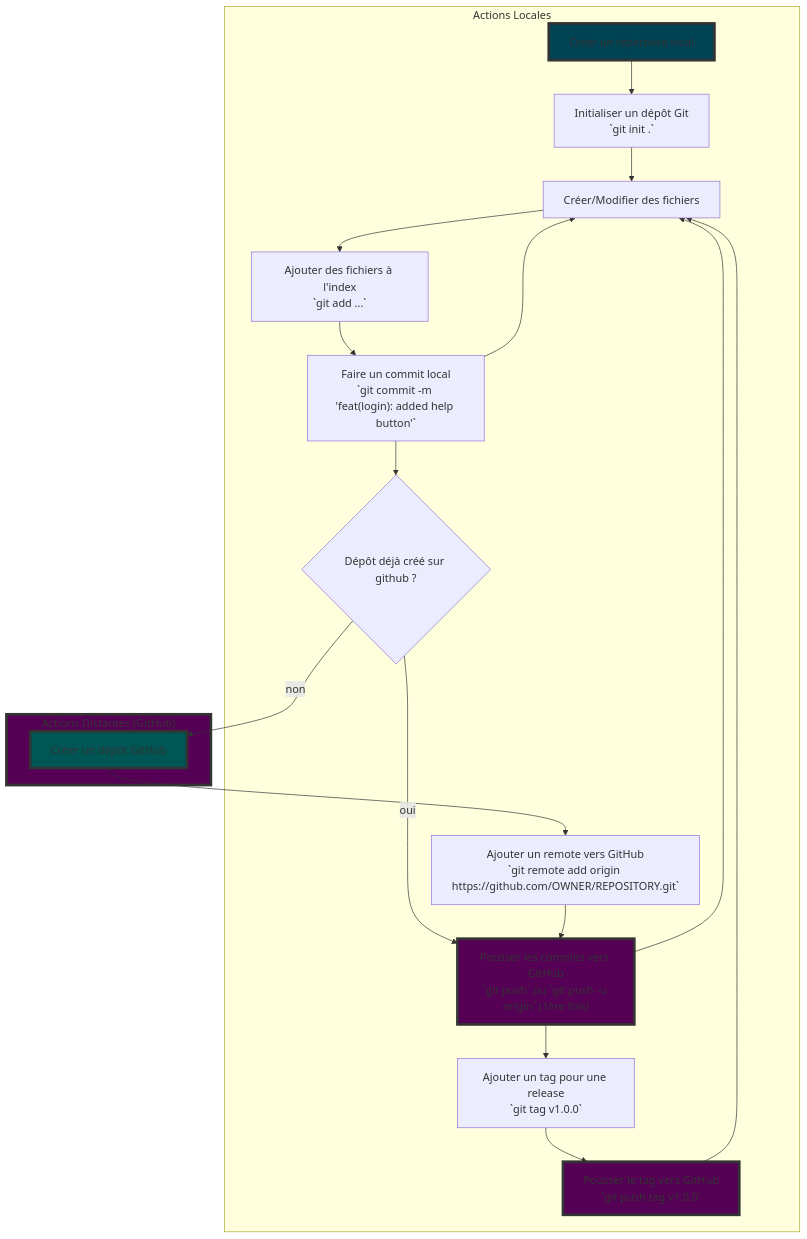
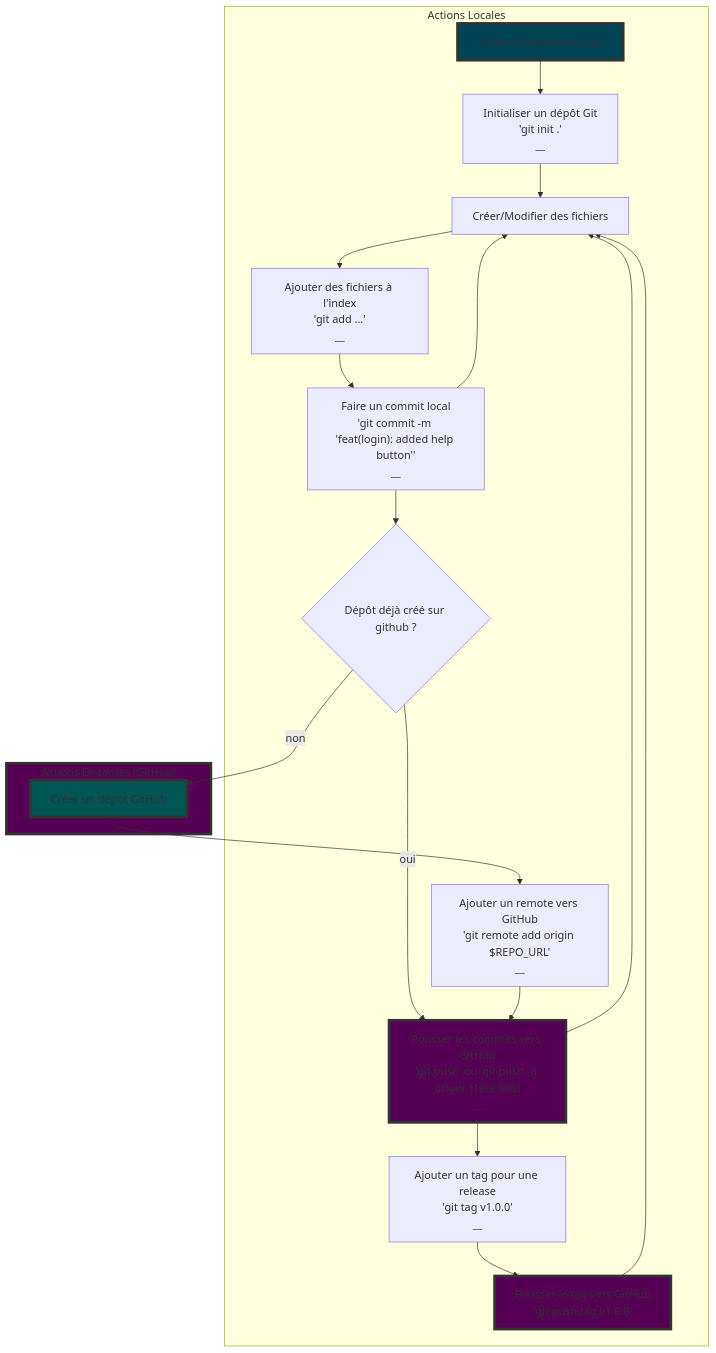
The diagram in supports/lifecycle.md (jonathanMelly/msig24), drawn with Mermaid before and after one commit.

Commit message:
fix(mermaid): lifecycle diagram fixed

````diff
--- a/supports/lifecycle.md
+++ b/supports/lifecycle.md
@@ -140,57 +140,62 @@
 ```mermaid
 graph TD
 subgraph Local [Actions Locales]
 A[Créer un répertoire local]
-B[Initialiser un dépôt Git
-`git init .`
-]
+B["Initialiser un dépôt Git 
+'git init .'
+__"]
 C[Créer/Modifier des fichiers]
 ADD[Ajouter des fichiers à l'index
-`git add ...`
+'git add ...'
+__
 ]
 COMMIT["Faire un commit local
-`git commit -m 'feat(login): added help button'`"
+'git commit -m 'feat(login): added help button''"
+__
 ]
 GHREPOEXIST{"Dépôt déjà créé sur github ?"}
-G[Ajouter un remote vers GitHub
-`git remote add origin https://github.com/OWNER/REPOSITORY.git`
+G["Ajouter un remote vers GitHub
+'git remote add origin $REPO_URL'
+__"
 ]
 PUSH["Pousser les commits vers GitHub
-`git push` ou `git push -u origin` (1ère fois)"
+'git push' ou 'git push -u origin' (1ère fois)"
+__
 ]
 
 I[Ajouter un tag pour une release
-`git tag v1.0.0`
+'git tag v1.0.0'
+__
 ]
 J[Pousser le tag vers GitHub
-`git push tag v1.0.0`
+'git push tag v1.0.0'
 ]
 end
 
 subgraph Remote ["Actions Distantes (GitHub)"]
 GH[Créer un dépôt GitHub]
 
 end
 
 A --> B
 B --> C
 C --> ADD
 ADD --> COMMIT
 COMMIT --> GHREPOEXIST
 COMMIT --> C
 GHREPOEXIST-- oui --> PUSH
 GHREPOEXIST-- non --> GH
 GH --> G
 G --> PUSH
 PUSH --> C
 PUSH --> I
 I --> J
 J --> C
 
 style A fill: #045, stroke: #333, stroke-width: 4px
 style GH fill: #055, stroke: #333, stroke-width: 4px
 style Remote fill: #505, stroke: #333, stroke-width: 4px
 style J fill: #505, stroke: #333, stroke-width: 4px
 style PUSH fill: #505, stroke: #333, stroke-width: 4px
 
 ```
````
